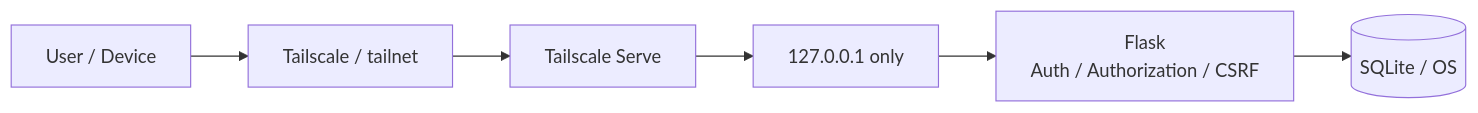
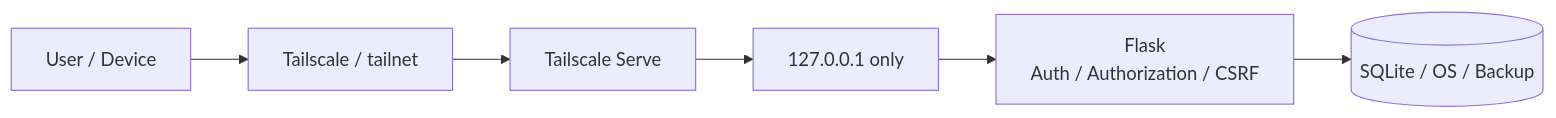
One commit to k-systems202208/python-sqlite-tailscale-webapp-template changed the first of 4 diagrams in docs/SECURITY.md. Above: the diagram before and after it, drawn with Mermaid. The commit also changed other lines of this file and 42 other files, not shown here.

````diff
--- a/docs/SECURITY.md
+++ b/docs/SECURITY.md
@@ -9,8 +9,8 @@
 ```mermaid
 flowchart LR
     U["User / Device"] --> T["Tailscale / tailnet"]
     T --> S["Tailscale Serve"]
     S --> L["127.0.0.1 only"]
     L --> F["Flask\nAuth / Authorization / CSRF"]
-    F --> D[("SQLite / OS")]
+    F --> D[("SQLite / OS / Backup")]
 ```
````
